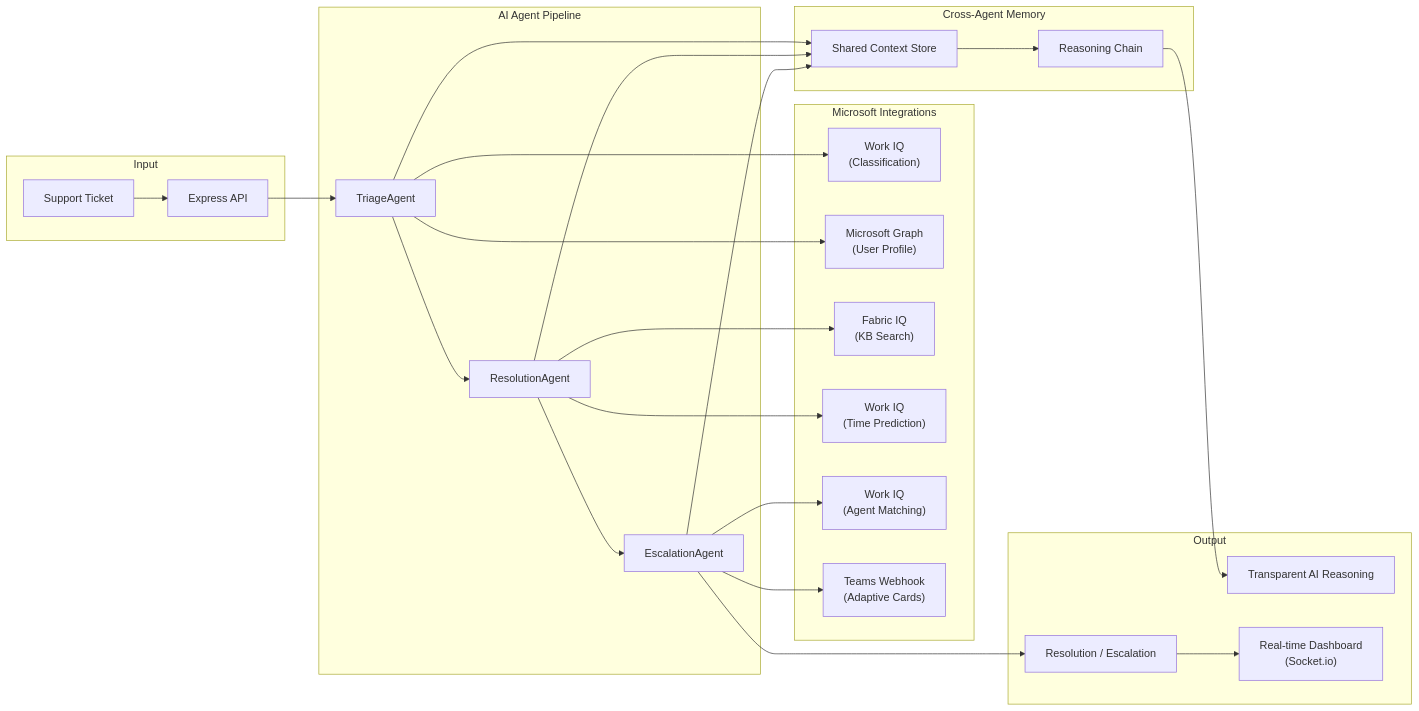
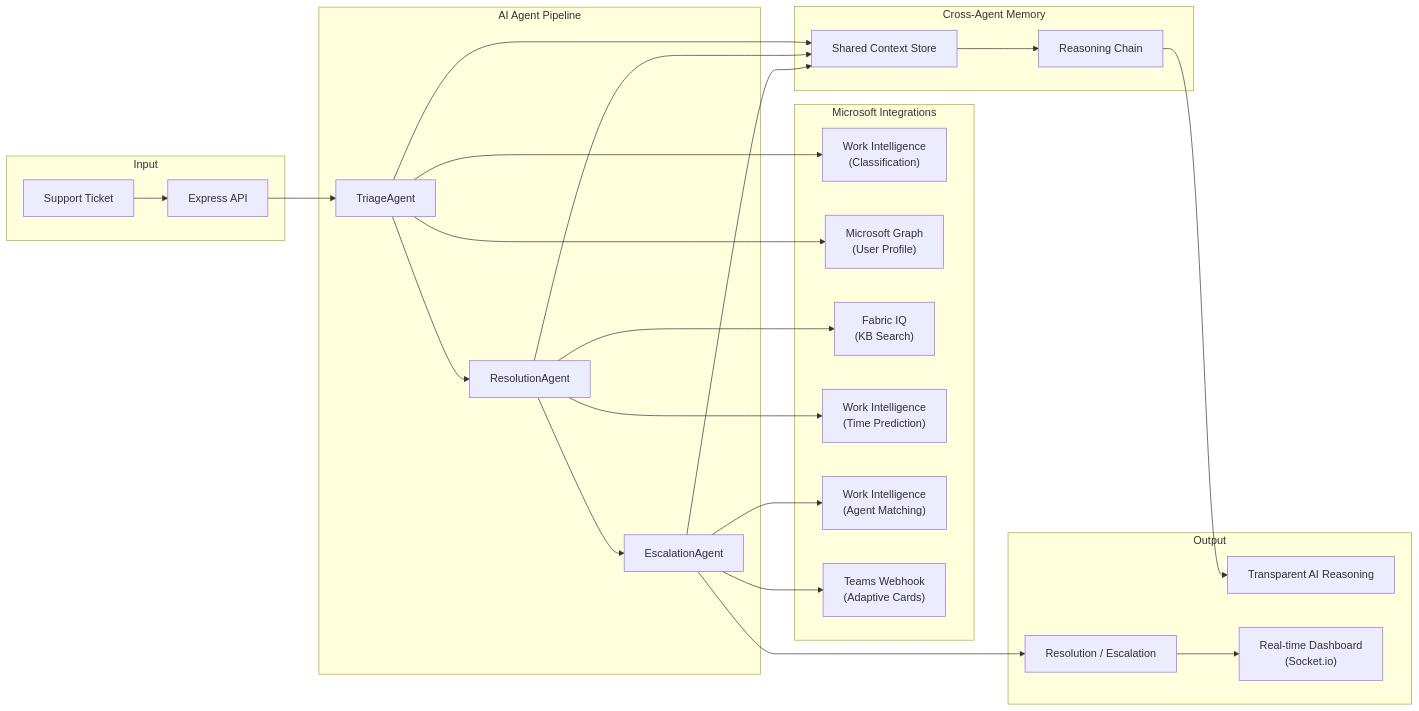
The diagram in README.md (Raghvendrasingh-CS/SupportSense-ai), drawn with Mermaid before and after one commit. The commit also changed other lines of this file and 14 other files, not shown here.

````diff
--- a/README.md
+++ b/README.md
@@ -9,34 +16,34 @@
 ```mermaid
 graph LR
     subgraph Input
         A[Support Ticket] --> B[Express API]
     end
 
     subgraph "AI Agent Pipeline"
         B --> C[TriageAgent]
         C --> D[ResolutionAgent]
         D --> E[EscalationAgent]
     end
 
     subgraph "Microsoft Integrations"
-        C --> F["Work IQ<br/>(Classification)"]
+        C --> F["Work Intelligence<br/>(Classification)"]
         C --> G["Microsoft Graph<br/>(User Profile)"]
         D --> H["Fabric IQ<br/>(KB Search)"]
-        D --> I["Work IQ<br/>(Time Prediction)"]
-        E --> J["Work IQ<br/>(Agent Matching)"]
+        D --> I["Work Intelligence<br/>(Time Prediction)"]
+        E --> J["Work Intelligence<br/>(Agent Matching)"]
         E --> K["Teams Webhook<br/>(Adaptive Cards)"]
     end
 
     subgraph "Cross-Agent Memory"
         C --> L[Shared Context Store]
         D --> L
         E --> L
         L --> M[Reasoning Chain]
     end
 
     subgraph Output
         E --> N[Resolution / Escalation]
         M --> O[Transparent AI Reasoning]
         N --> P["Real-time Dashboard<br/>(Socket.io)"]
     end
 ```
````
